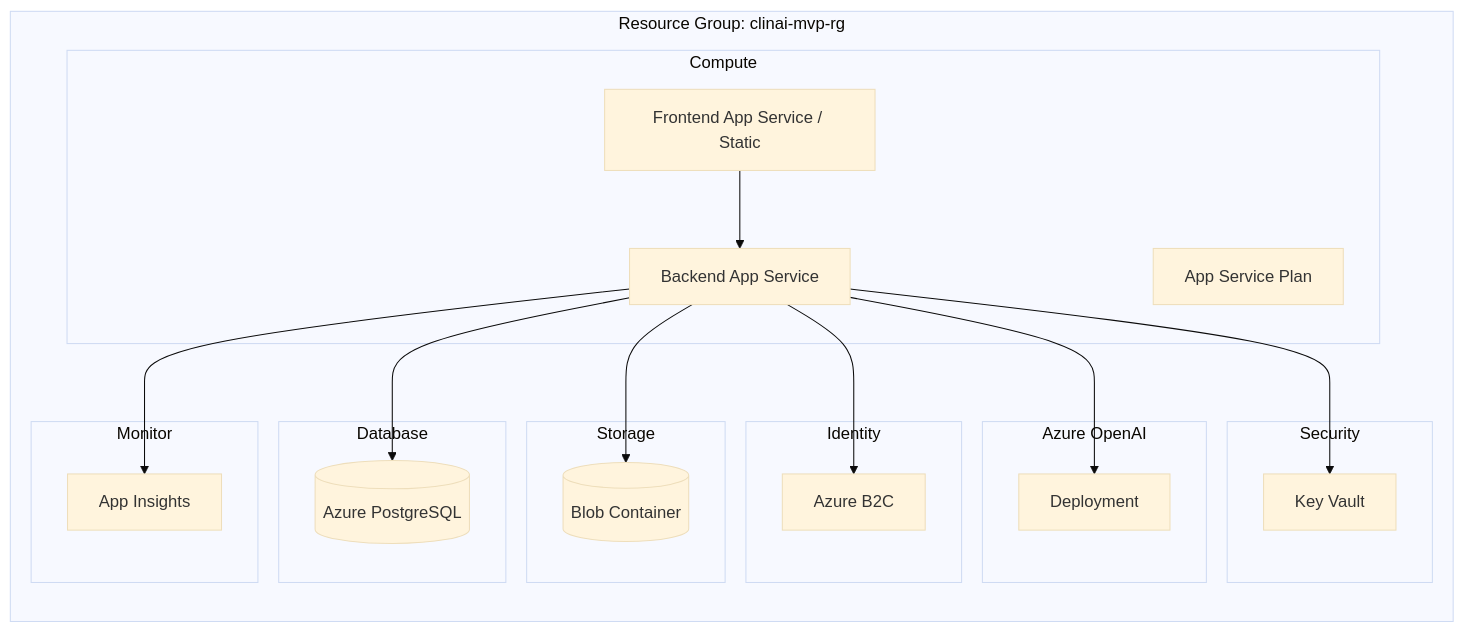
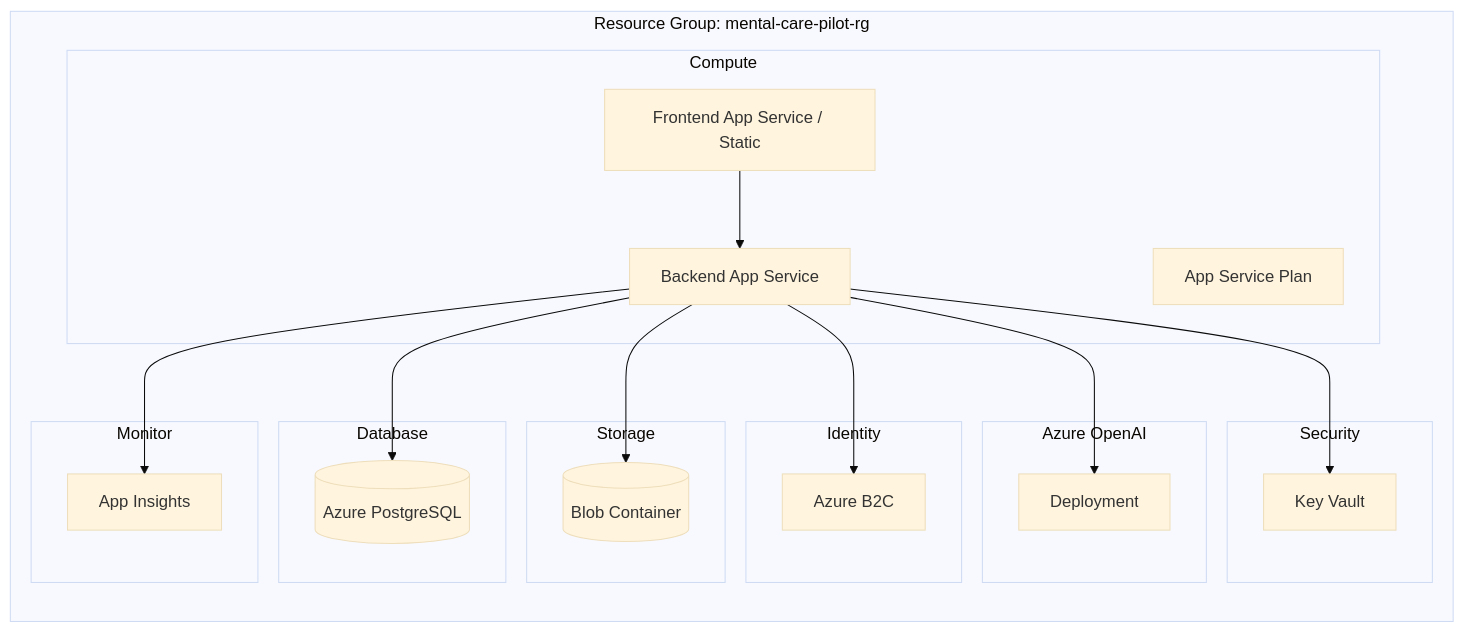
The third of 3 diagrams in docs/ARCHITECTURE.md (DanielDeckertConsulting/MediCertAI), drawn with Mermaid (base theme) before and after one commit. The commit also changed other lines of this file and 123 other files, not shown here.

````diff
--- a/docs/ARCHITECTURE.md
+++ b/docs/ARCHITECTURE.md
@@ -121,42 +121,42 @@
 ```mermaid
 flowchart LR
-    subgraph RG["Resource Group: clinai-mvp-rg"]
+    subgraph RG["Resource Group: mental-care-pilot-rg"]
         subgraph App["Compute"]
             ASE[App Service Plan]
             BE[Backend App Service]
             FE[Frontend App Service / Static]
         end
 
         subgraph DB["Database"]
             PG[(Azure PostgreSQL)]
         end
 
         subgraph Storage["Storage"]
             Blob[(Blob Container)]
         end
 
         subgraph Identity["Identity"]
             B2C[Azure B2C]
         end
 
         subgraph AI["Azure OpenAI"]
             AO[Deployment]
         end
 
         subgraph Sec["Security"]
             KV[Key Vault]
         end
 
         subgraph Monitor["Monitor"]
             AI_insights[App Insights]
         end
     end
 
     FE --> BE
     BE --> PG
     BE --> Blob
     BE --> B2C
     BE --> AO
     BE --> KV
     BE --> AI_insights
 ```
````
